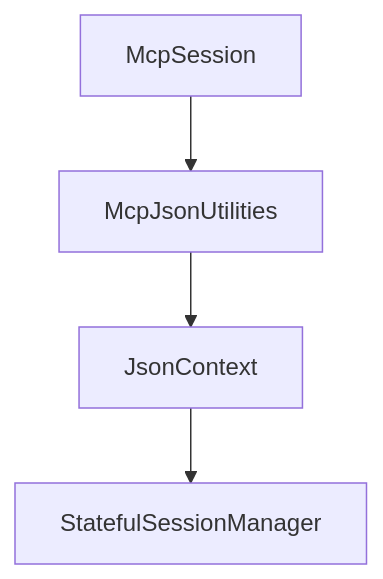
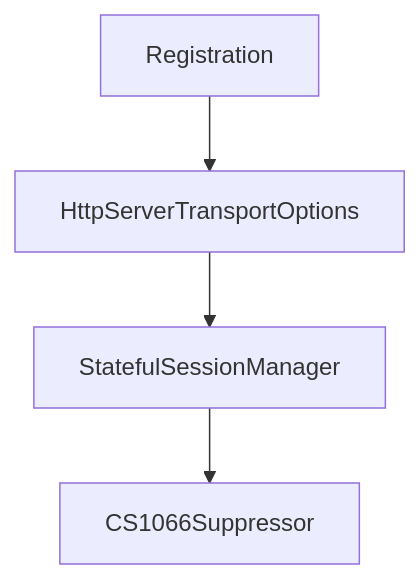
The diagram in tutorials/mcp-csharp-sdk-tutorial/06-oauth-protected-mcp-servers-and-clients.md (johnxie/awesome-code-docs), drawn with Mermaid before and after one commit. The commit also changed other lines of this file and 1232 other files, not shown here.

````diff
--- a/tutorials/mcp-csharp-sdk-tutorial/06-oauth-protected-mcp-servers-and-clients.md
+++ b/tutorials/mcp-csharp-sdk-tutorial/06-oauth-protected-mcp-servers-and-clients.md
@@ -213,10 +211,10 @@
 ```mermaid
 flowchart TD
-    A[McpSession]
-    B[McpJsonUtilities]
-    C[JsonContext]
-    D[StatefulSessionManager]
+    A[Registration]
+    B[HttpServerTransportOptions]
+    C[StatefulSessionManager]
+    D[CS1066Suppressor]
     A --> B
     B --> C
     C --> D
 ```
````
